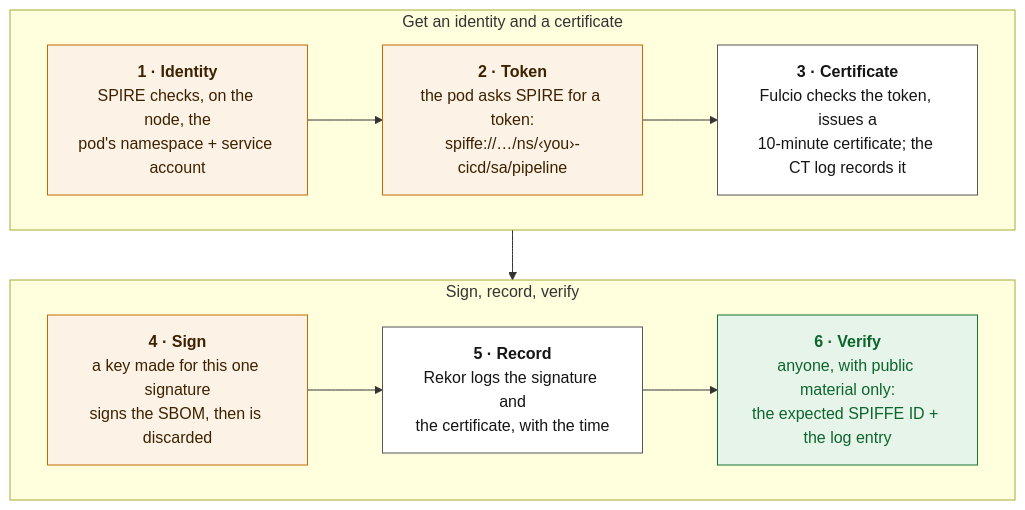
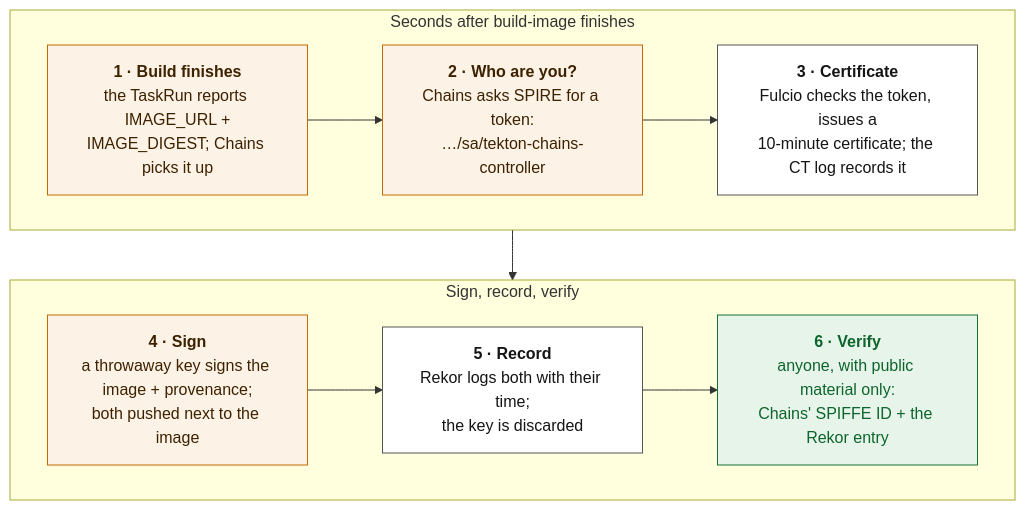
One commit to serhat-dirik/OCP-Getting-Started-Revamped changed the diagram in content/modules/ROOT/examples/diagrams/trusted-supply-chain/11-keyless-steps.mmd. Above: the diagram before and after it, drawn with Mermaid. The commit also changed 19 other files, not shown here.

First line of the commit message:
feat(trusted-supply-chain): one pipeline the attendee runs, then explained

```diff
--- a/content/modules/ROOT/examples/diagrams/trusted-supply-chain/11-keyless-steps.mmd
+++ b/content/modules/ROOT/examples/diagrams/trusted-supply-chain/11-keyless-steps.mmd
@@ -1,25 +1,27 @@
-%% Keyless signing, step by step (concept page): what happens in the seconds your sbom-signer pod
-%% signs, then how anyone verifies it. Two rows joined container-to-container, so each row's
-%% `direction LR` is honoured (tools/lint/diagram-size-guard.py, rule ignored-direction).
+%% Keyless signing by Tekton Chains, step by step (concept page; lab exercise 2): what happens in the
+%% seconds after build-image finishes, then how anyone verifies it. Two rows joined
+%% container-to-container, so each row's `direction LR` is honoured
+%% (tools/lint/diagram-size-guard.py, rule ignored-direction). 2026-11-15: the signer is the Chains
+%% controller (was: the attendee's own pod).
 flowchart TB
-  subgraph GET["Get an identity and a certificate"]
+  subgraph GET["Seconds after build-image finishes"]
     direction LR
-    S1["<b>1 · Identity</b><br/>SPIRE checks, on the node, the<br/>pod's namespace + service account"]
-    S2["<b>2 · Token</b><br/>the pod asks SPIRE for a token:<br/>spiffe://…/ns/‹you›-cicd/sa/pipeline"]
+    S1["<b>1 · Build finishes</b><br/>the TaskRun reports IMAGE_URL +<br/>IMAGE_DIGEST; Chains picks it up"]
+    S2["<b>2 · Who are you?</b><br/>Chains asks SPIRE for a token:<br/>…/sa/tekton-chains-controller"]
     S3["<b>3 · Certificate</b><br/>Fulcio checks the token, issues a<br/>10-minute certificate; the CT log records it"]
     S1 --> S2 --> S3
   end
   subgraph USE["Sign, record, verify"]
     direction LR
-    S4["<b>4 · Sign</b><br/>a key made for this one signature<br/>signs the SBOM, then is discarded"]
-    S5["<b>5 · Record</b><br/>Rekor logs the signature and<br/>the certificate, with the time"]
-    S6["<b>6 · Verify</b><br/>anyone, with public material only:<br/>the expected SPIFFE ID + the log entry"]
+    S4["<b>4 · Sign</b><br/>a throwaway key signs the image + provenance;<br/>both pushed next to the image"]
+    S5["<b>5 · Record</b><br/>Rekor logs both with their time;<br/>the key is discarded"]
+    S6["<b>6 · Verify</b><br/>anyone, with public material only:<br/>Chains' SPIFFE ID + the Rekor entry"]
     S4 --> S5 --> S6
   end
   GET --> USE
   classDef sign fill:#fdf2e6,stroke:#c46a00,color:#3d2200;
   classDef tas fill:#ffffff,stroke:#555555,color:#151515;
   classDef ver fill:#e6f4ea,stroke:#137333,color:#0d652d;
   class S1,S2,S4 sign;
   class S3,S5 tas;
   class S6 ver;
```
